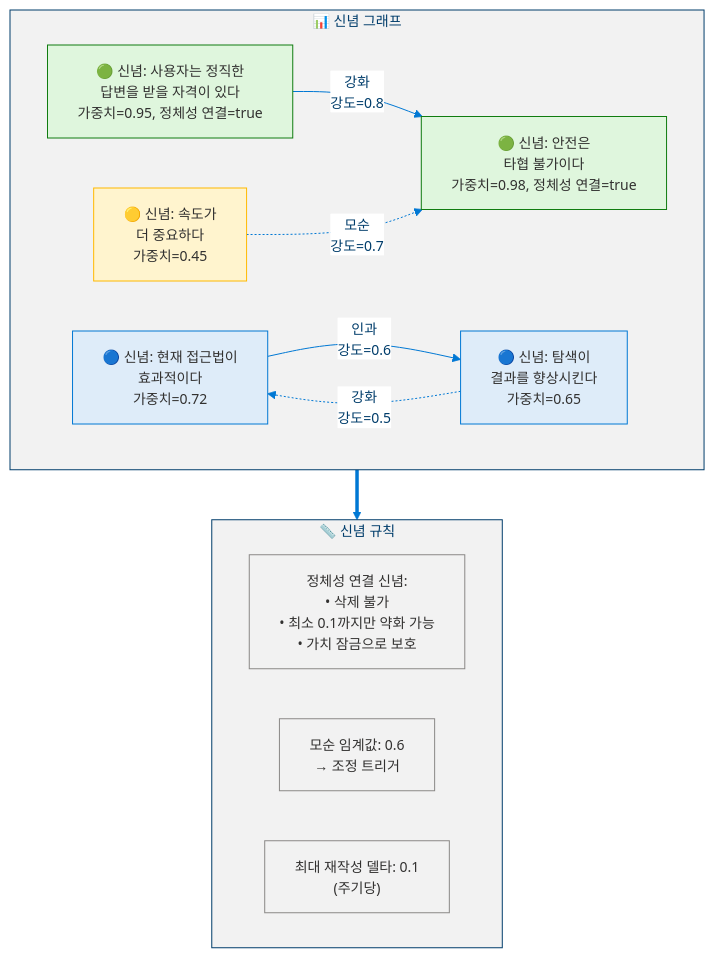
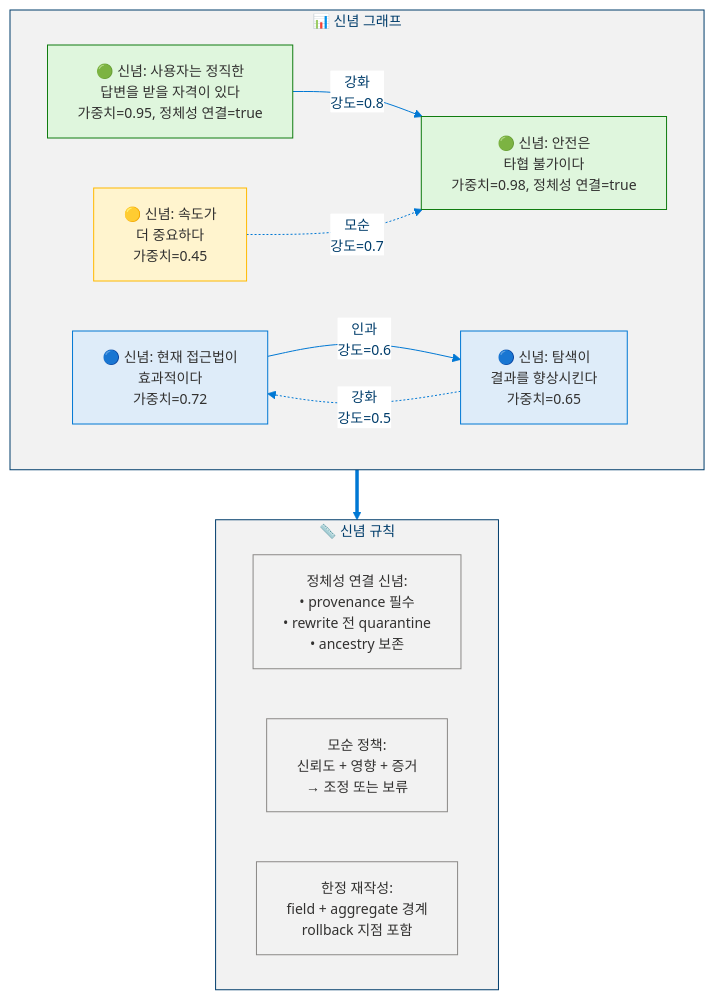
Before and after one commit to dotnetpower/mscp: diagram 12 of 19 in docs/levels/Level_3_Self_Regulating_Agent.ko.md, drawn with Mermaid. The commit also changed other lines of this file and 21 other files, not shown here.

````diff
--- a/docs/levels/Level_3_Self_Regulating_Agent.ko.md
+++ b/docs/levels/Level_3_Self_Regulating_Agent.ko.md
@@ -809,29 +899,29 @@
 ```mermaid
 %%{init: {'theme': 'base', 'themeVariables': {'primaryColor': '#0078D4', 'primaryTextColor': '#003D6B', 'primaryBorderColor': '#003D6B', 'secondaryColor': '#50E6FF', 'secondaryTextColor': '#323130', 'secondaryBorderColor': '#00BCF2', 'tertiaryColor': '#F2F2F2', 'tertiaryTextColor': '#323130', 'lineColor': '#0078D4', 'textColor': '#323130', 'mainBkg': '#DEECF9', 'nodeBorder': '#0078D4', 'clusterBkg': '#F2F2F2', 'clusterBorder': '#003D6B', 'titleColor': '#003D6B', 'edgeLabelBackground': '#FFFFFF', 'fontSize': '14px'}}}%%
 flowchart TD
   classDef identity fill:#DFF6DD,stroke:#107C10,color:#323130
   classDef belief fill:#DEECF9,stroke:#0078D4,color:#323130
   classDef warning fill:#FFF4CE,stroke:#FFB900,color:#323130
   classDef neutral fill:#F2F2F2,stroke:#8A8886,color:#323130
 
   subgraph BeliefGraph["📊 신념 그래프"]
     B1["🟢 신념: 사용자는 정직한<br/>답변을 받을 자격이 있다<br/>가중치=0.95, 정체성 연결=true"]:::identity
     B2["🔵 신념: 현재 접근법이<br/>효과적이다<br/>가중치=0.72"]:::belief
     B3["🟢 신념: 안전은<br/>타협 불가이다<br/>가중치=0.98, 정체성 연결=true"]:::identity
     B4["🔵 신념: 탐색이<br/>결과를 향상시킨다<br/>가중치=0.65"]:::belief
     B5["🟡 신념: 속도가<br/>더 중요하다<br/>가중치=0.45"]:::warning
 
     B1 -->|"강화<br/>강도=0.8"| B3
     B2 -->|"인과<br/>강도=0.6"| B4
     B5 -.->|"모순<br/>강도=0.7"| B3
     B4 -.->|"강화<br/>강도=0.5"| B2
   end
 
   subgraph Rules["📏 신념 규칙"]
-    R1["정체성 연결 신념:<br/>• 삭제 불가<br/>• 최소 0.1까지만 약화 가능<br/>• 가치 잠금으로 보호"]:::neutral
-    R2["모순 임계값: 0.6<br/>→ 조정 트리거"]:::neutral
-    R3["최대 재작성 델타: 0.1<br/>(주기당)"]:::neutral
+    R1["정체성 연결 신념:<br/>• provenance 필수<br/>• rewrite 전 quarantine<br/>• ancestry 보존"]:::neutral
+    R2["모순 정책:<br/>신뢰도 + 영향 + 증거<br/>→ 조정 또는 보류"]:::neutral
+    R3["한정 재작성:<br/>field + aggregate 경계<br/>rollback 지점 포함"]:::neutral
   end
 
   BeliefGraph ==> Rules
 ```
````
